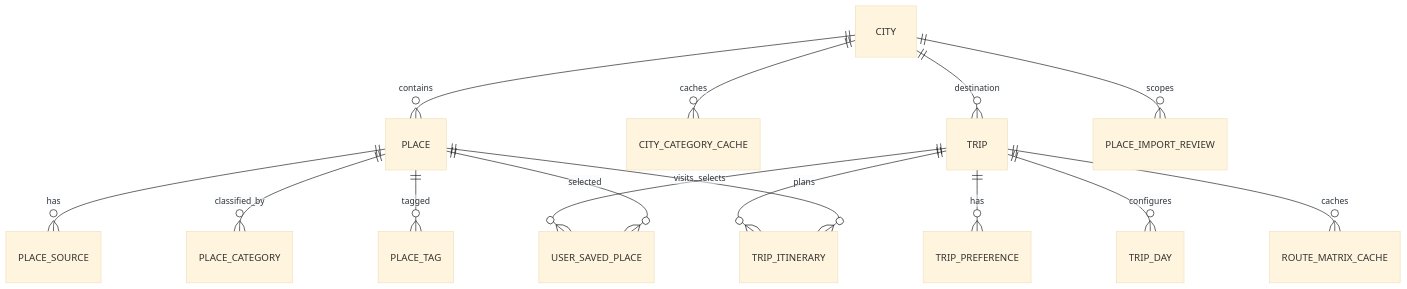
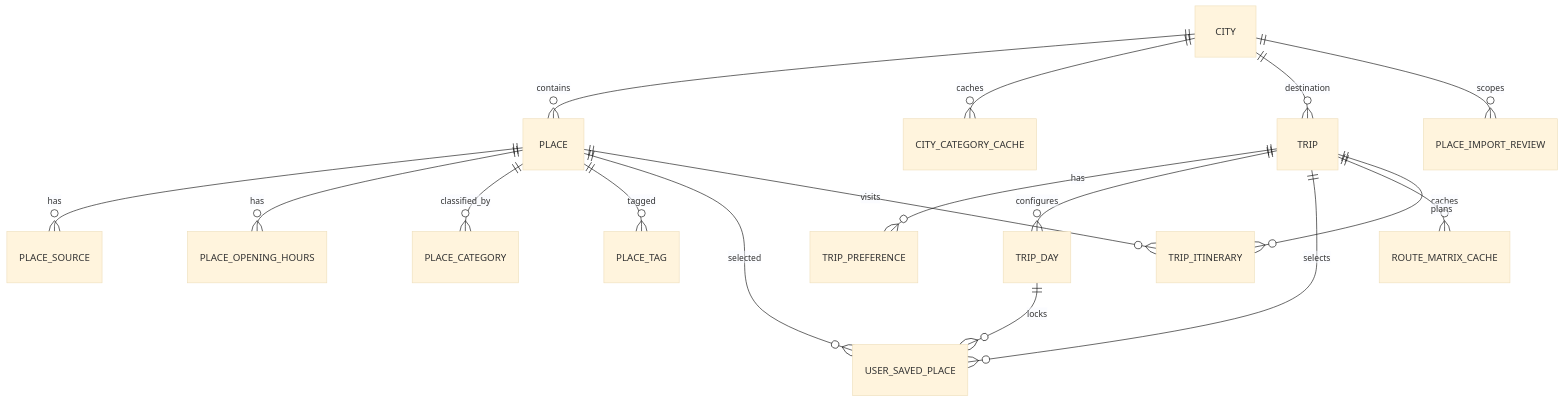
One commit to rohanxgiri/yatra_canvas changed the diagram in docs/DATA_MODEL.md. Above: the diagram before and after it, drawn with Mermaid (base theme). The commit also changed other lines of this file and 68 other files, not shown here.

````diff
--- a/docs/DATA_MODEL.md
+++ b/docs/DATA_MODEL.md
@@ -11,17 +11,19 @@
 ```mermaid
 erDiagram
     CITY ||--o{ PLACE : contains
     CITY ||--o{ CITY_CATEGORY_CACHE : caches
     CITY ||--o{ TRIP : destination
     CITY ||--o{ PLACE_IMPORT_REVIEW : scopes
     PLACE ||--o{ PLACE_SOURCE : has
+    PLACE ||--o{ PLACE_OPENING_HOURS : has
     PLACE ||--o{ PLACE_CATEGORY : classified_by
     PLACE ||--o{ PLACE_TAG : tagged
     TRIP ||--o{ TRIP_PREFERENCE : has
     TRIP ||--o{ TRIP_DAY : configures
     TRIP ||--o{ USER_SAVED_PLACE : selects
     PLACE ||--o{ USER_SAVED_PLACE : selected
+    TRIP_DAY ||--o{ USER_SAVED_PLACE : locks
     TRIP ||--o{ ROUTE_MATRIX_CACHE : caches
     TRIP ||--o{ TRIP_ITINERARY : plans
     PLACE ||--o{ TRIP_ITINERARY : visits
 ```
````
